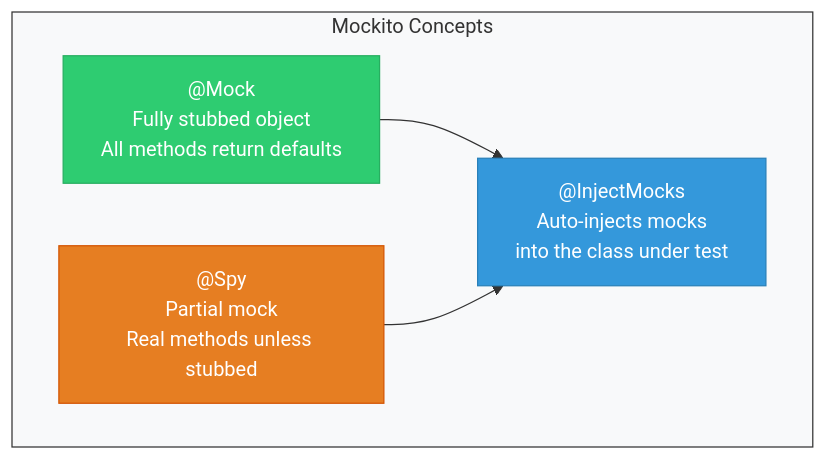
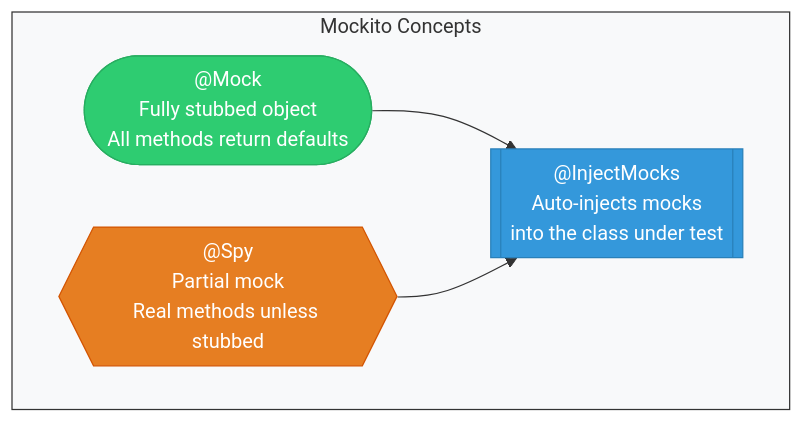
One commit to saivamsikaruturi/vamsilabs-dev-notes-main changed the third of 4 diagrams in docs/junit/junit.md. Above: the diagram before and after it, drawn with Mermaid. The commit also changed other lines of this file and 146 other files, not shown here.

Commit message:
Horizontal diagrams, UML class diagrams, typography overhaul, and permalink cleanup

````diff
--- a/docs/junit/junit.md
+++ b/docs/junit/junit.md
@@ -273,16 +270,17 @@
 ```mermaid
-graph TD
+flowchart LR
     subgraph Mockito["Mockito Concepts"]
-        MOCK["@Mock<br/>Fully stubbed object<br/>All methods return defaults"]
-        SPY["@Spy<br/>Partial mock<br/>Real methods unless stubbed"]
-        INJECT["@InjectMocks<br/>Auto-injects mocks<br/>into the class under test"]
+        direction LR
+        MOCK(["@Mock<br/>Fully stubbed object<br/>All methods return defaults"])
+        SPY{{"@Spy<br/>Partial mock<br/>Real methods unless stubbed"}}
+        INJECT[["@InjectMocks<br/>Auto-injects mocks<br/>into the class under test"]]
     end
 
     MOCK --> INJECT
     SPY --> INJECT
 
     style MOCK fill:#2ecc71,stroke:#27ae60,color:#fff
     style SPY fill:#e67e22,stroke:#d35400,color:#fff
     style INJECT fill:#3498db,stroke:#2980b9,color:#fff
     style Mockito fill:#f8f9fa,stroke:#333
 ```
````
